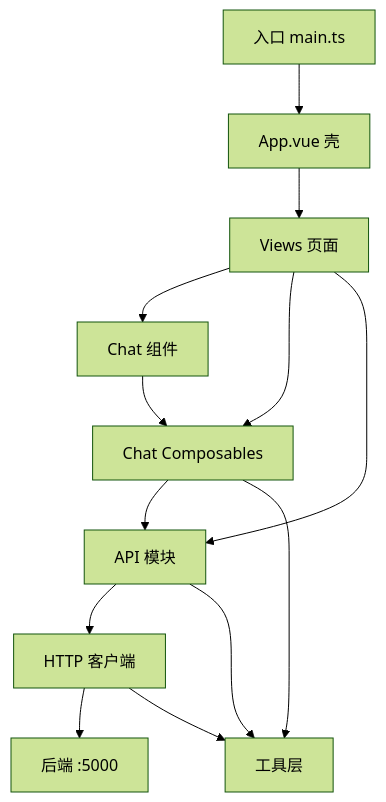
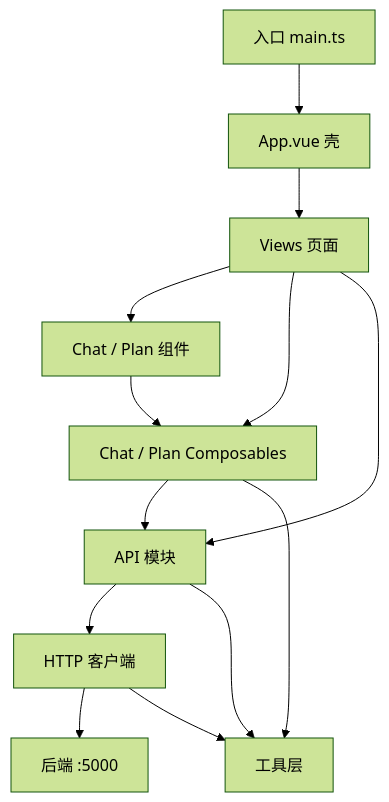
The first of 3 diagrams in README.md (Ava-txp/travel-agent-H5), drawn with Mermaid (forest theme) before and after one commit. The commit also changed other lines of this file, not shown here.

````diff
--- a/README.md
+++ b/README.md
@@ -42,15 +42,15 @@
 ```mermaid
 flowchart TB
   entry[入口 main.ts] --> shell[App.vue 壳]
   shell --> views[Views 页面]
-  views --> chatUI[Chat 组件]
-  views --> composables[Chat Composables]
+  views --> chatUI[Chat / Plan 组件]
+  views --> composables[Chat / Plan Composables]
   views --> api[API 模块]
   chatUI --> composables
   composables --> api
   composables --> utils[工具层]
   api --> http[HTTP 客户端]
   api --> utils
   http --> backend[后端 :5000]
   http --> utils
 ```
````
